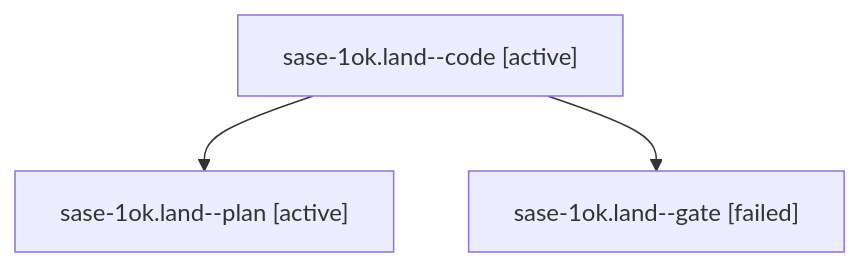
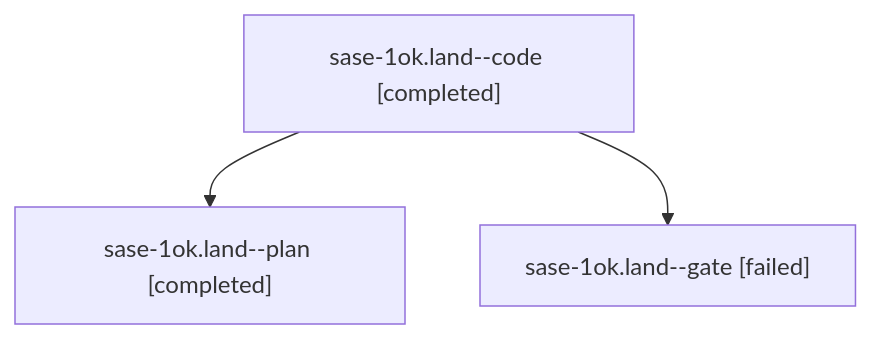
Before and after one commit to sase-org/sase--agents: the diagram in sessions/bbugyi200.athena.sase-1ok.land.md, drawn with Mermaid. The commit also changed other lines of this file and 41 other files, not shown here.

````diff
--- a/sessions/bbugyi200.athena.sase-1ok.land.md
+++ b/sessions/bbugyi200.athena.sase-1ok.land.md
@@ -9,8 +9,8 @@
 ```mermaid
 flowchart TD
-  n0["sase-1ok.land--code [active]"]
-  n1["sase-1ok.land--plan [active]"]
+  n0["sase-1ok.land--code [completed]"]
+  n1["sase-1ok.land--plan [completed]"]
   n0 --> n1
   n2["sase-1ok.land--gate [failed]"]
   n0 --> n2
 ```
````
